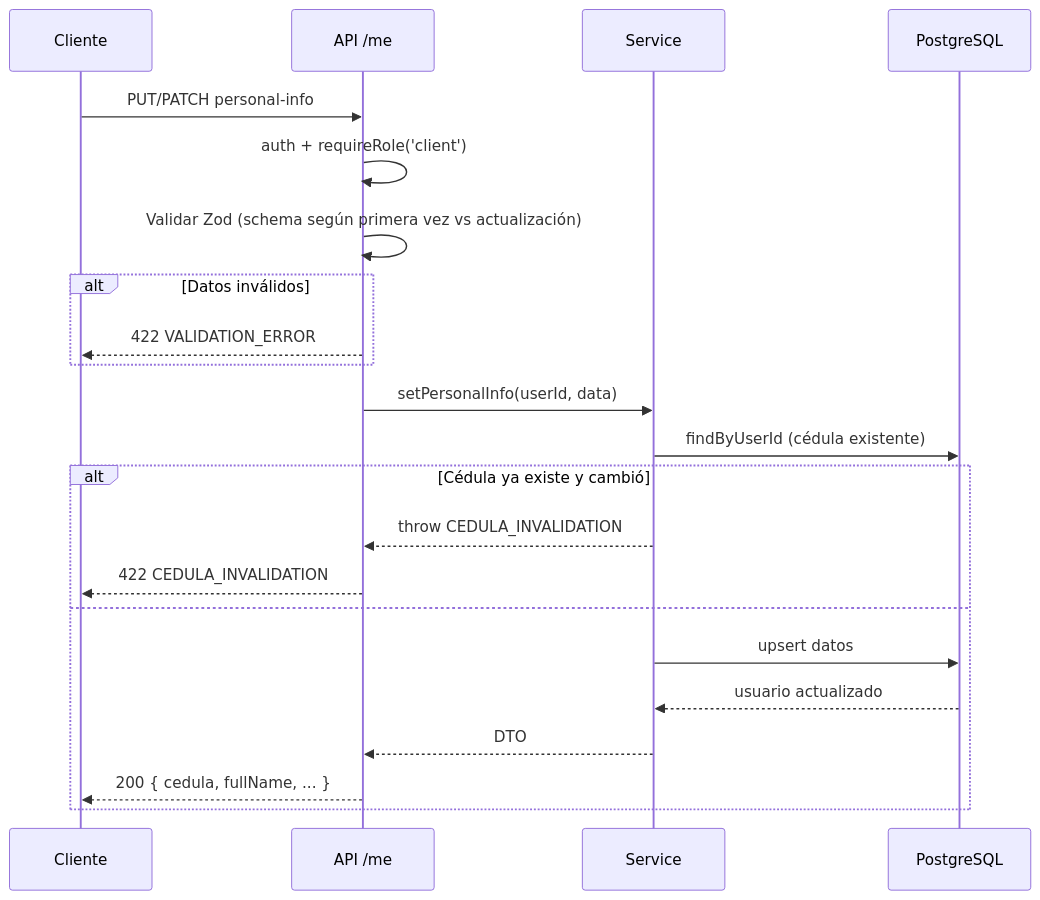
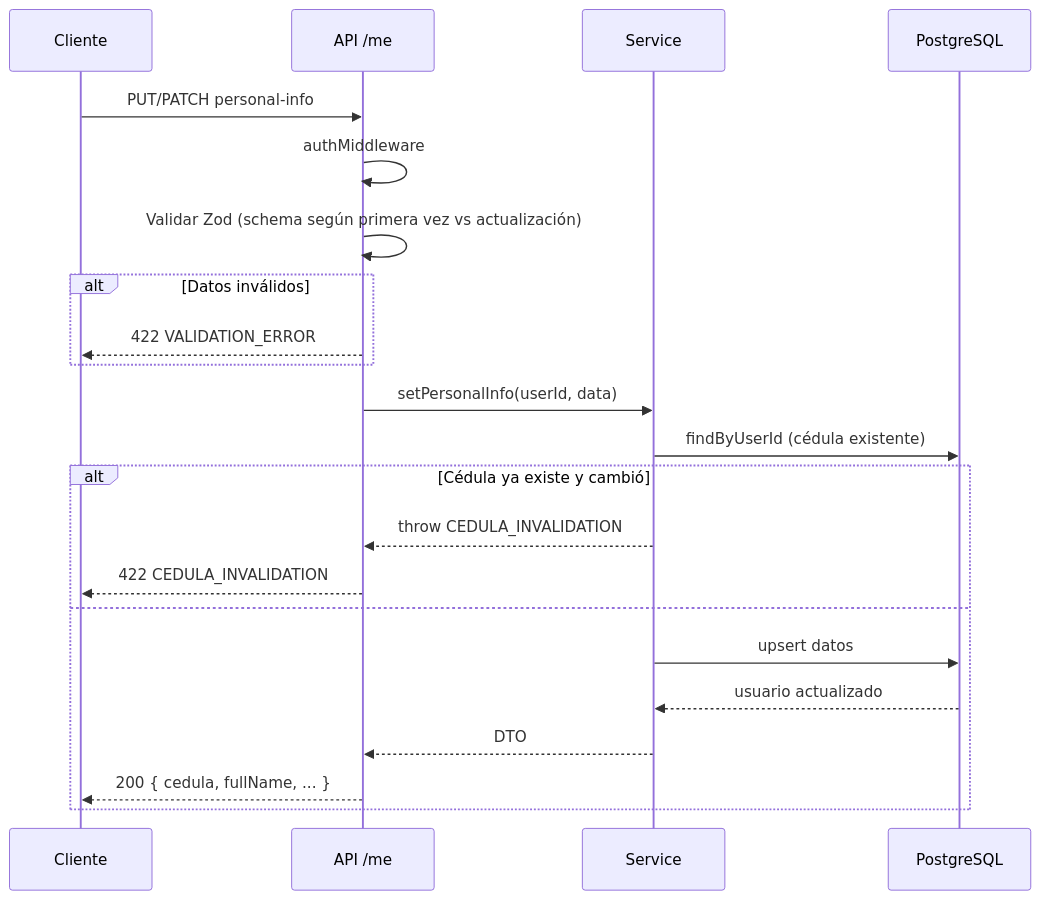
One commit to User281167/venta-de-tickets changed the first of 2 diagrams in backend/src/modules/me/README.md. Above: the diagram before and after it, drawn with Mermaid. The commit also changed other lines of this file and 11 other files, not shown here.

````diff
--- a/backend/src/modules/me/README.md
+++ b/backend/src/modules/me/README.md
@@ -107,25 +106,25 @@
 ```mermaid
 sequenceDiagram
     participant C as Cliente
     participant API as API /me
     participant S as Service
     participant DB as PostgreSQL
 
     C->>API: PUT/PATCH personal-info
-    API->>API: auth + requireRole('client')
+    API->>API: authMiddleware
     API->>API: Validar Zod (schema según primera vez vs actualización)
     alt Datos inválidos
         API-->>C: 422 VALIDATION_ERROR
     end
     API->>S: setPersonalInfo(userId, data)
     S->>DB: findByUserId (cédula existente)
     alt Cédula ya existe y cambió
         S-->>API: throw CEDULA_INVALIDATION
         API-->>C: 422 CEDULA_INVALIDATION
     else
         S->>DB: upsert datos
         DB-->>S: usuario actualizado
         S-->>API: DTO
         API-->>C: 200 { cedula, fullName, ... }
     end
 ```
````
